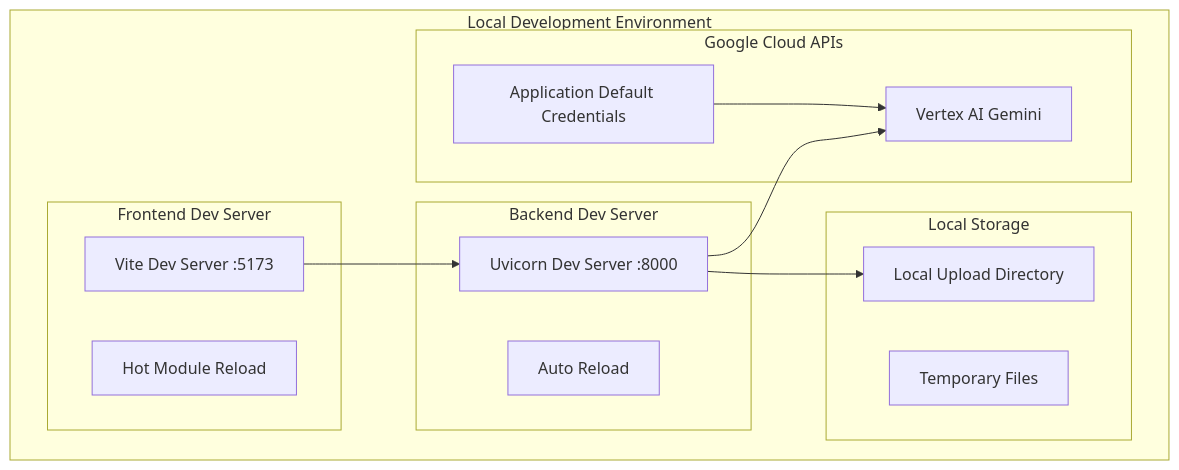
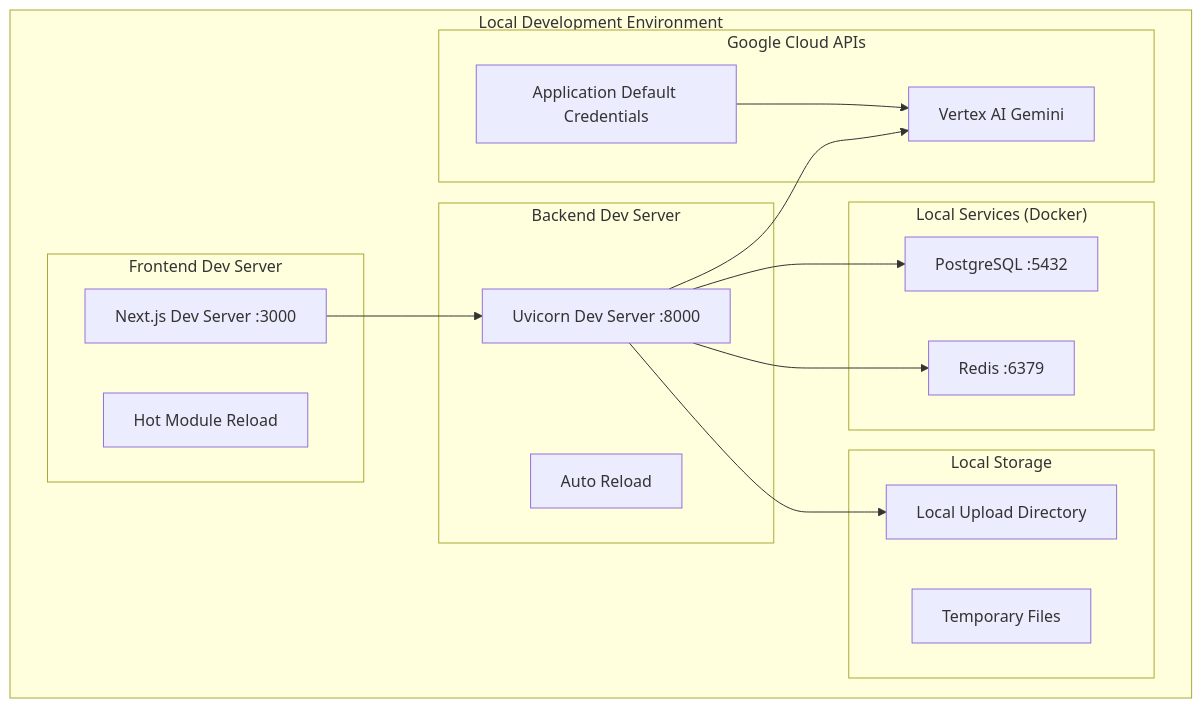
The second of 2 diagrams in .kiro/specs/historical-travel-agent/design.md (Narumikr/ai-hackathon-4th), drawn with Mermaid before and after one commit. The commit also changed other lines of this file and 1 other file, not shown here.

First line of the commit message:
Finalize design with Docker, local DB, and Next.js 16

````diff
--- a/.kiro/specs/historical-travel-agent/design.md
+++ b/.kiro/specs/historical-travel-agent/design.md
@@ -72,29 +72,36 @@
 ```mermaid
 graph TB
     subgraph "Local Development Environment"
         subgraph "Frontend Dev Server"
-            ViteDev[Vite Dev Server :5173]
+            NextDev[Next.js Dev Server :3000]
             HMR[Hot Module Reload]
         end
         
         subgraph "Backend Dev Server"
             UvicornDev[Uvicorn Dev Server :8000]
             AutoReload[Auto Reload]
+        end
+        
+        subgraph "Local Services (Docker)"
+            PostgresDB[PostgreSQL :5432]
+            Redis[Redis :6379]
         end
         
         subgraph "Local Storage"
             TempFiles[Temporary Files]
             LocalUploads[Local Upload Directory]
         end
         
         subgraph "Google Cloud APIs"
             VertexAI[Vertex AI Gemini]
             ADC[Application Default Credentials]
         end
     end
     
-    ViteDev --> UvicornDev
+    NextDev --> UvicornDev
+    UvicornDev --> PostgresDB
+    UvicornDev --> Redis
     UvicornDev --> VertexAI
     UvicornDev --> LocalUploads
     ADC --> VertexAI
 ```
````
